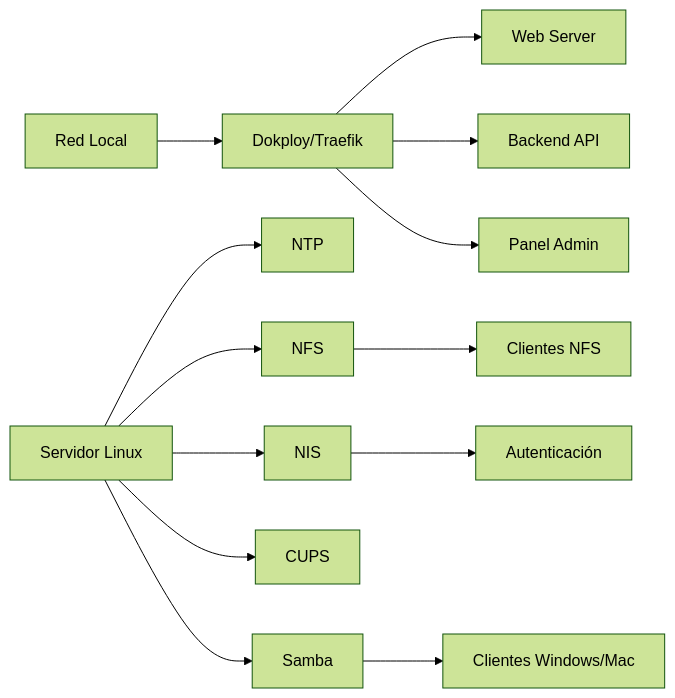
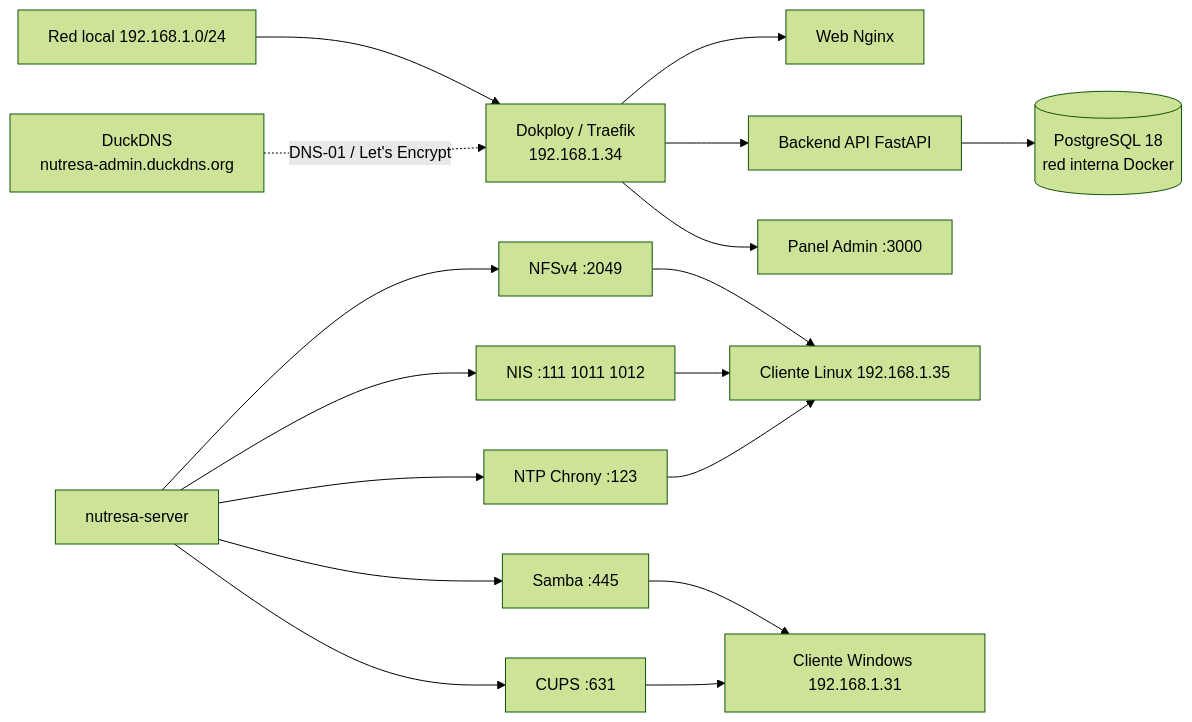
The diagram in diagrama.mmd (ValRodriguez97/Dise-o_Infraestructura_TI_Nutresa), drawn with Mermaid (forest theme) before and after one commit. The commit also changed 1 other file, not shown here.

Commit message:
feat: Actualización de analisis.md y diagrama.mmd

```diff
--- a/diagrama.mmd
+++ b/diagrama.mmd
@@ -1,13 +1,17 @@
 graph LR
-A[Red Local] --> B[Dokploy/Traefik]
-B --> C[Web Server]
-B --> D[Backend API]
-B --> E[Panel Admin]
-F[Servidor Linux] --> G[NTP]
-F --> H[NFS]
-F --> I[NIS]
-F --> J[CUPS]
-F --> K[Samba]
-H --> L[Clientes NFS]
-K --> M[Clientes Windows/Mac]
-I --> N[Autenticación]
+    A["Red local 192.168.1.0/24"] --> B["Dokploy / Traefik<br/>192.168.1.34"]
+    B --> C["Web Nginx"]
+    B --> D["Backend API FastAPI"]
+    B --> E["Panel Admin :3000"]
+    D --> P[("PostgreSQL 18<br/>red interna Docker")]
+    DD["DuckDNS<br/>nutresa-admin.duckdns.org"] -.->|"DNS-01 / Let's Encrypt"| B
+    F["nutresa-server"] --> G["NTP Chrony :123"]
+    F --> H["NFSv4 :2049"]
+    F --> I["NIS :111 1011 1012"]
+    F --> J["CUPS :631"]
+    F --> K["Samba :445"]
+    H --> L["Cliente Linux 192.168.1.35"]
+    I --> L
+    G --> L
+    K --> M["Cliente Windows 192.168.1.31"]
+    J --> M
```
